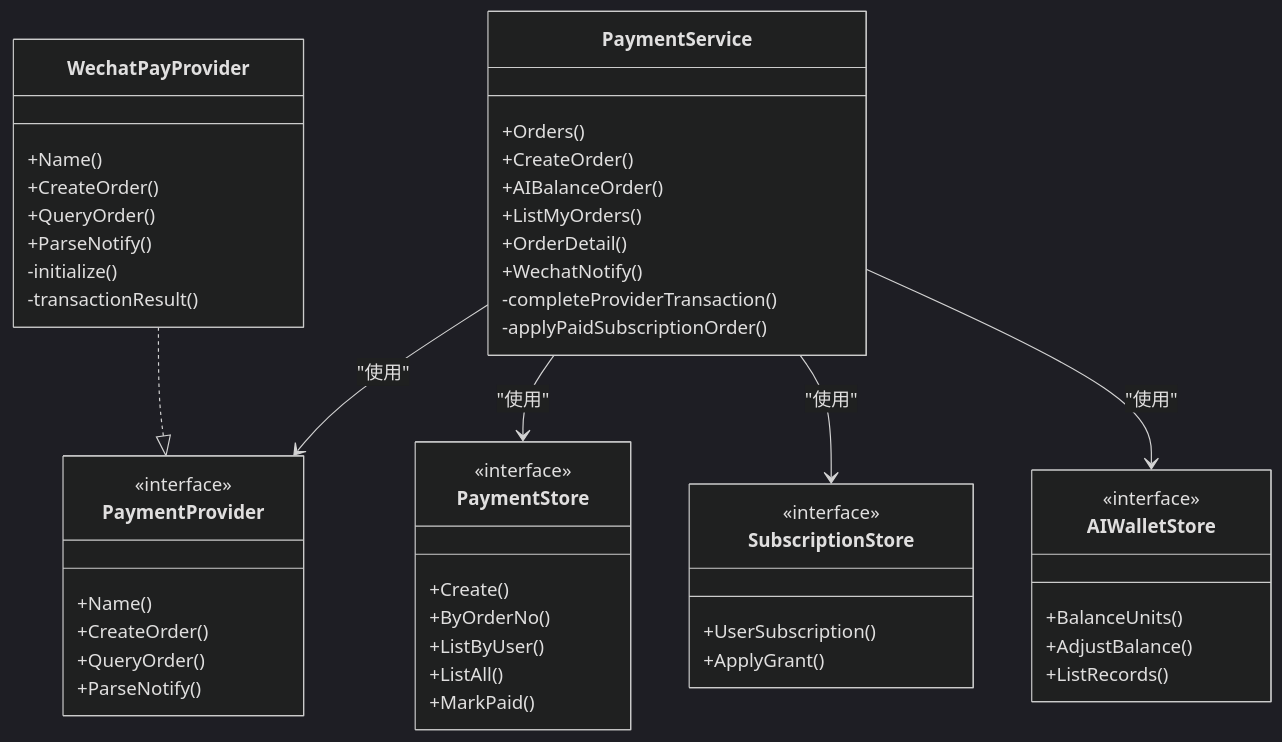
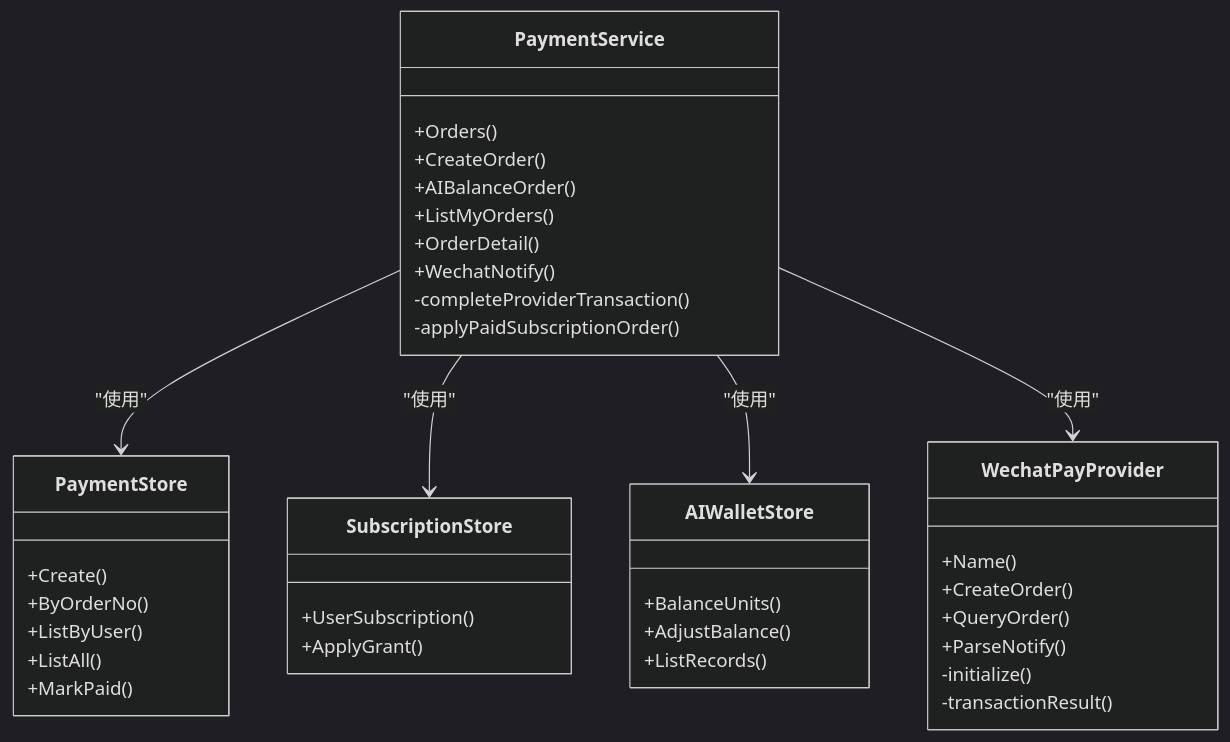
Before and after one commit to alvinwangzi/goodhr: the third of 3 diagrams in .qoder/repowiki/zh/content/API接口文档/云端REST API/支付订阅API/支付订阅API.md, drawn with Mermaid (dark theme). The commit also changed other lines of this file and 149 other files, not shown here.

````diff
--- a/.qoder/repowiki/zh/content/API接口文档/云端REST API/支付订阅API/支付订阅API.md
+++ b/.qoder/repowiki/zh/content/API接口文档/云端REST API/支付订阅API/支付订阅API.md
@@ -253,52 +283,41 @@
 ```mermaid
 classDiagram
 class PaymentService {
 +Orders()
 +CreateOrder()
 +AIBalanceOrder()
 +ListMyOrders()
 +OrderDetail()
 +WechatNotify()
 -completeProviderTransaction()
 -applyPaidSubscriptionOrder()
 }
-class PaymentProvider {
-<<interface>>
-+Name()
-+CreateOrder()
-+QueryOrder()
-+ParseNotify()
-}
 class WechatPayProvider {
 +Name()
 +CreateOrder()
 +QueryOrder()
 +ParseNotify()
 -initialize()
 -transactionResult()
 }
 class PaymentStore {
-<<interface>>
 +Create()
 +ByOrderNo()
 +ListByUser()
 +ListAll()
 +MarkPaid()
 }
 class SubscriptionStore {
-<<interface>>
 +UserSubscription()
 +ApplyGrant()
 }
 class AIWalletStore {
-<<interface>>
 +BalanceUnits()
 +AdjustBalance()
 +ListRecords()
 }
-PaymentService --> PaymentProvider : "使用"
 PaymentService --> PaymentStore : "使用"
 PaymentService --> SubscriptionStore : "使用"
 PaymentService --> AIWalletStore : "使用"
-WechatPayProvider ..|> PaymentProvider
+PaymentService --> WechatPayProvider : "使用"
 ```
````
